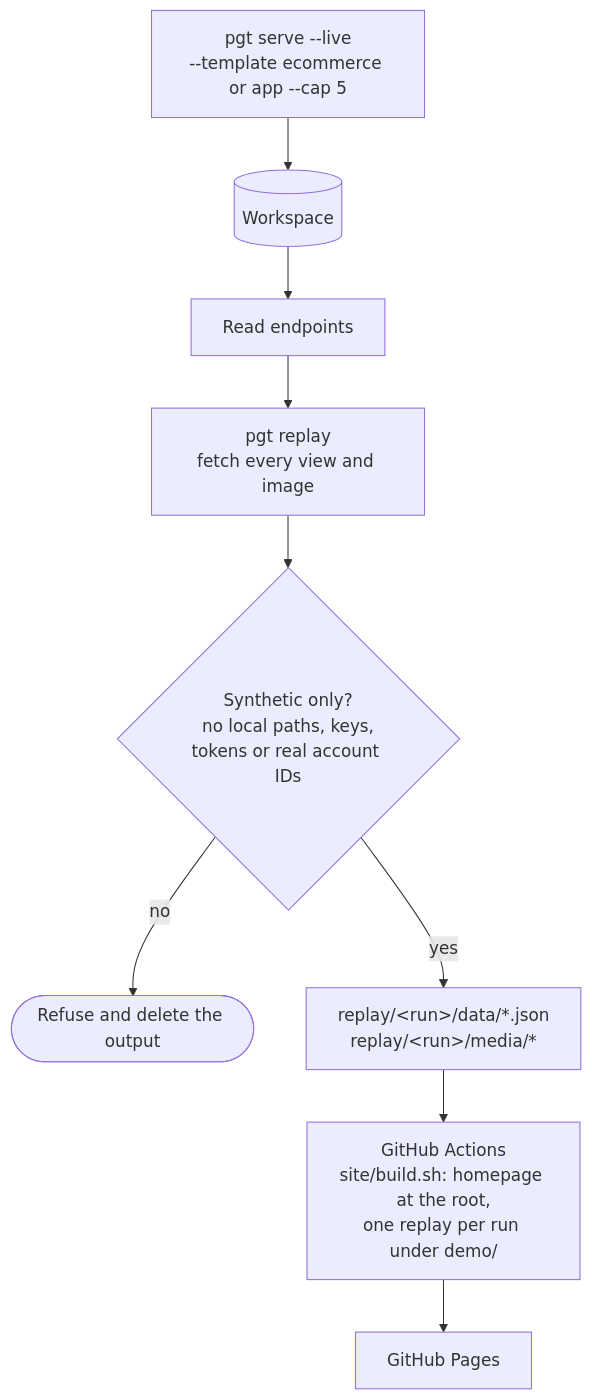
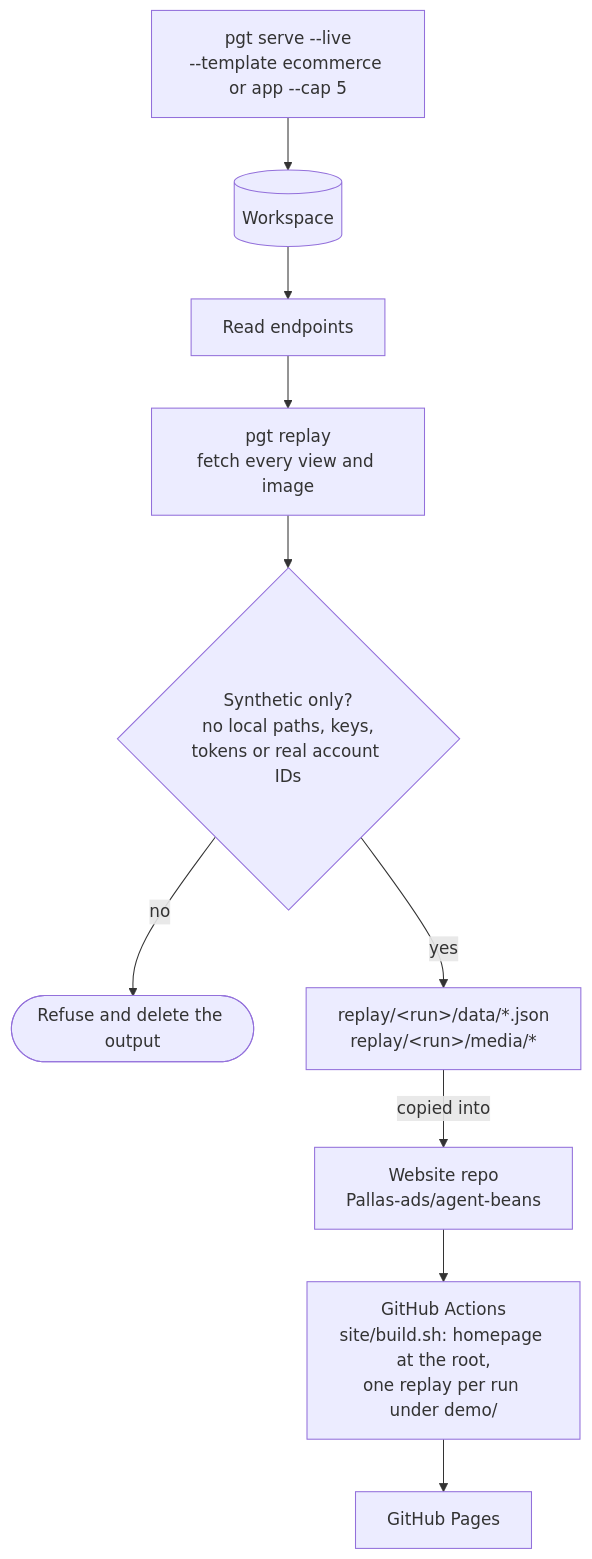
Before and after one commit to Jieyi-Deng/agent-beans: the eighth of 8 diagrams in docs/architecture.md, drawn with Mermaid. The commit also changed other lines of this file and 282 other files, not shown here.

````diff
--- a/docs/architecture.md
+++ b/docs/architecture.md
@@ -276,11 +278,12 @@
 ```mermaid
 flowchart TB
     run["pgt serve --live<br/>--template ecommerce or app --cap 5"] --> db[("Workspace")]
     db --> api["Read endpoints"]
     api --> rep["pgt replay<br/>fetch every view and image"]
     rep --> chk{"Synthetic only?<br/>no local paths, keys,<br/>tokens or real account IDs"}
     chk -- "no" --> stop(["Refuse and delete the output"])
     chk -- "yes" --> files["replay/&lt;run&gt;/data/*.json<br/>replay/&lt;run&gt;/media/*"]
-    files --> ci["GitHub Actions<br/>site/build.sh: homepage at the root,<br/>one replay per run under demo/"]
+    files -- "copied into" --> site["Website repo<br/>Pallas-ads/agent-beans"]
+    site --> ci["GitHub Actions<br/>site/build.sh: homepage at the root,<br/>one replay per run under demo/"]
     ci --> pages["GitHub Pages"]
 ```
````
